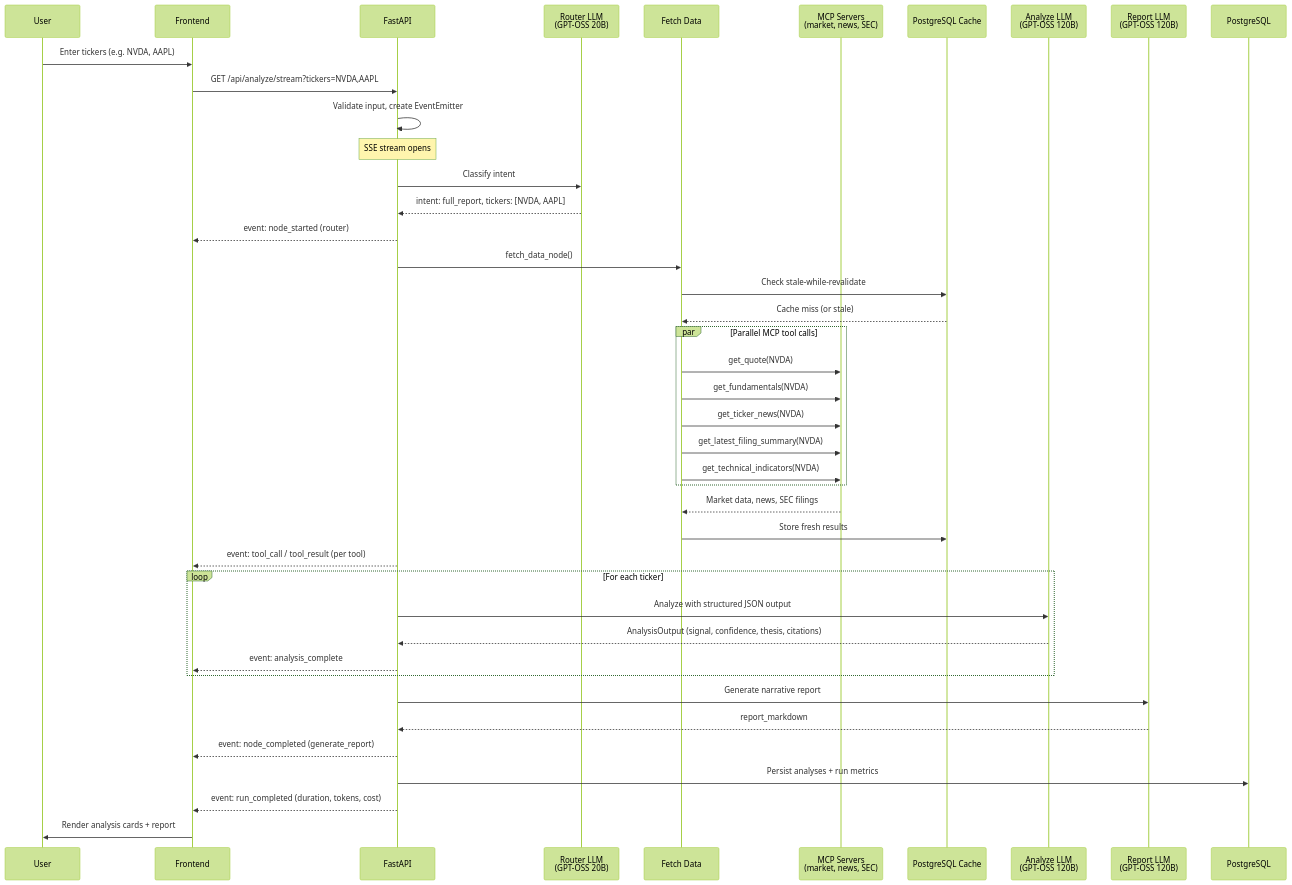
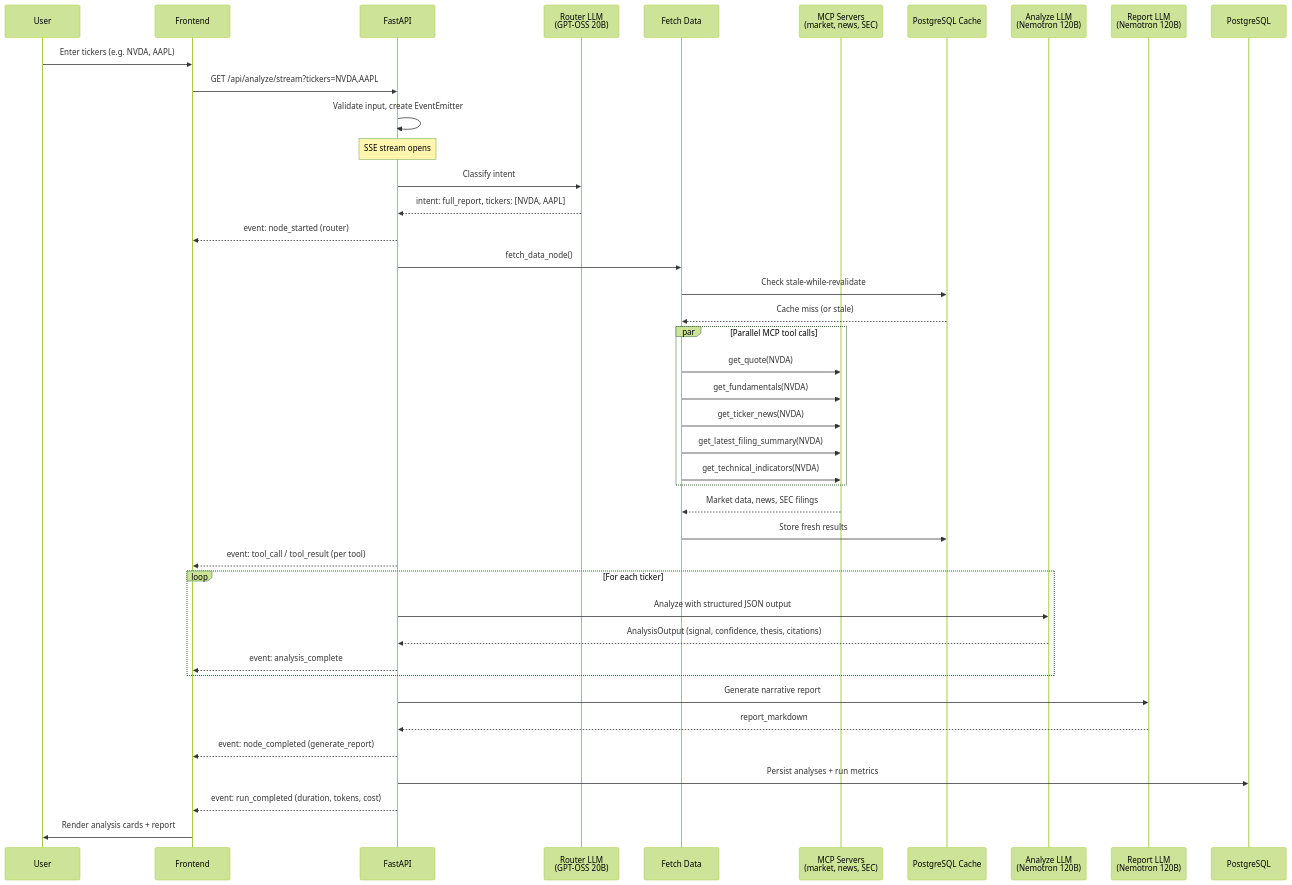
One commit to cl-xy/ai-investment-analyst changed the second of 3 diagrams in docs/ARCHITECTURE.md. Above: the diagram before and after it, drawn with Mermaid (forest theme). The commit also changed other lines of this file and 48 other files, not shown here.

````diff
--- a/docs/ARCHITECTURE.md
+++ b/docs/ARCHITECTURE.md
@@ -38,54 +38,54 @@
 ```mermaid
 sequenceDiagram
     participant U as User
     participant FE as Frontend
     participant API as FastAPI
     participant R as Router LLM<br/>(GPT-OSS 20B)
     participant FD as Fetch Data
     participant MCP as MCP Servers<br/>(market, news, SEC)
     participant Cache as PostgreSQL Cache
-    participant A as Analyze LLM<br/>(GPT-OSS 120B)
-    participant Rep as Report LLM<br/>(GPT-OSS 120B)
+    participant A as Analyze LLM<br/>(Nemotron 120B)
+    participant Rep as Report LLM<br/>(Nemotron 120B)
     participant PG as PostgreSQL
 
     U->>FE: Enter tickers (e.g. NVDA, AAPL)
     FE->>API: GET /api/analyze/stream?tickers=NVDA,AAPL
     API->>API: Validate input, create EventEmitter
 
     Note over API: SSE stream opens
 
     API->>R: Classify intent
     R-->>API: intent: full_report, tickers: [NVDA, AAPL]
     API-->>FE: event: node_started (router)
 
     API->>FD: fetch_data_node()
     FD->>Cache: Check stale-while-revalidate
     Cache-->>FD: Cache miss (or stale)
 
     par Parallel MCP tool calls
         FD->>MCP: get_quote(NVDA)
         FD->>MCP: get_fundamentals(NVDA)
         FD->>MCP: get_ticker_news(NVDA)
         FD->>MCP: get_latest_filing_summary(NVDA)
         FD->>MCP: get_technical_indicators(NVDA)
     end
 
     MCP-->>FD: Market data, news, SEC filings
     FD->>Cache: Store fresh results
     API-->>FE: event: tool_call / tool_result (per tool)
 
     loop For each ticker
         API->>A: Analyze with structured JSON output
         A-->>API: AnalysisOutput (signal, confidence, thesis, citations)
         API-->>FE: event: analysis_complete
     end
 
     API->>Rep: Generate narrative report
     Rep-->>API: report_markdown
     API-->>FE: event: node_completed (generate_report)
 
     API->>PG: Persist analyses + run metrics
     API-->>FE: event: run_completed (duration, tokens, cost)
 
     FE->>U: Render analysis cards + report
 ```
````
